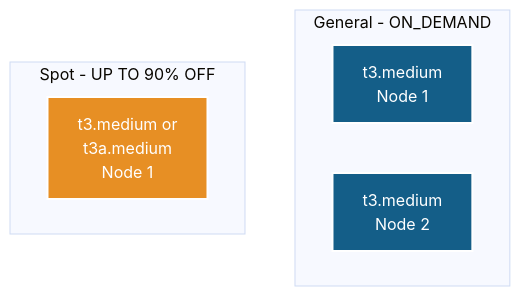
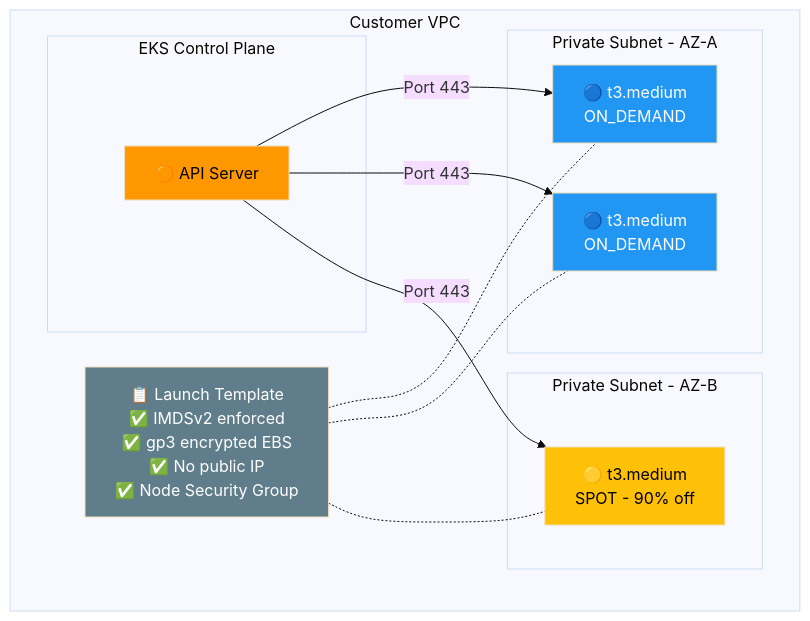
Before and after one commit to selvakumarperumal/EKS_k8s_custom_template_with_Terraform: the ninth of 13 diagrams in docs/architecture-build-steps.md, drawn with Mermaid (base theme). The commit also changed other lines of this file, not shown here.

Commit message:
docs: rewrite build steps as proper architecture layout diagrams with subgraphs and styled nodes

````diff
--- a/docs/architecture-build-steps.md
+++ b/docs/architecture-build-steps.md
@@ -340,17 +347,33 @@
 ```mermaid
-graph TD
-    classDef ondemandStyle fill:#145E88,stroke:#fff,stroke-width:2px,color:#fff
-    classDef spotStyle fill:#E78F24,stroke:#fff,stroke-width:2px,color:#fff
+graph TB
+    subgraph Customer_VPC["Customer VPC"]
 
-    subgraph ON_DEMAND ["General - ON_DEMAND"]
-        N1["t3.medium\nNode 1"]
-        N2["t3.medium\nNode 2"]
+        subgraph Control["EKS Control Plane"]
+            API["🟠 API Server"]
+        end
+
+        subgraph PRIV1["Private Subnet - AZ-A"]
+            G1["🔵 t3.medium\nON_DEMAND"]
+            G2["🔵 t3.medium\nON_DEMAND"]
+        end
+
+        subgraph PRIV2["Private Subnet - AZ-B"]
+            S1["🟡 t3.medium\nSPOT - 90% off"]
+        end
+
+        LT["📋 Launch Template\n✅ IMDSv2 enforced\n✅ gp3 encrypted EBS\n✅ No public IP\n✅ Node Security Group"]
     end
 
-    subgraph SPOT ["Spot - UP TO 90% OFF"]
-        S1["t3.medium or\nt3a.medium\nNode 1"]
-    end
+    API -->|"Port 443"| G1
+    API -->|"Port 443"| G2
+    API -->|"Port 443"| S1
+    LT -.- G1
+    LT -.- G2
+    LT -.- S1
 
-    class N1,N2 ondemandStyle
-    class S1 spotStyle
+    style API fill:#FF9800,color:#000
+    style G1 fill:#2196F3,color:#fff
+    style G2 fill:#2196F3,color:#fff
+    style S1 fill:#FFC107,color:#000
+    style LT fill:#607D8B,color:#fff
 ```
````
